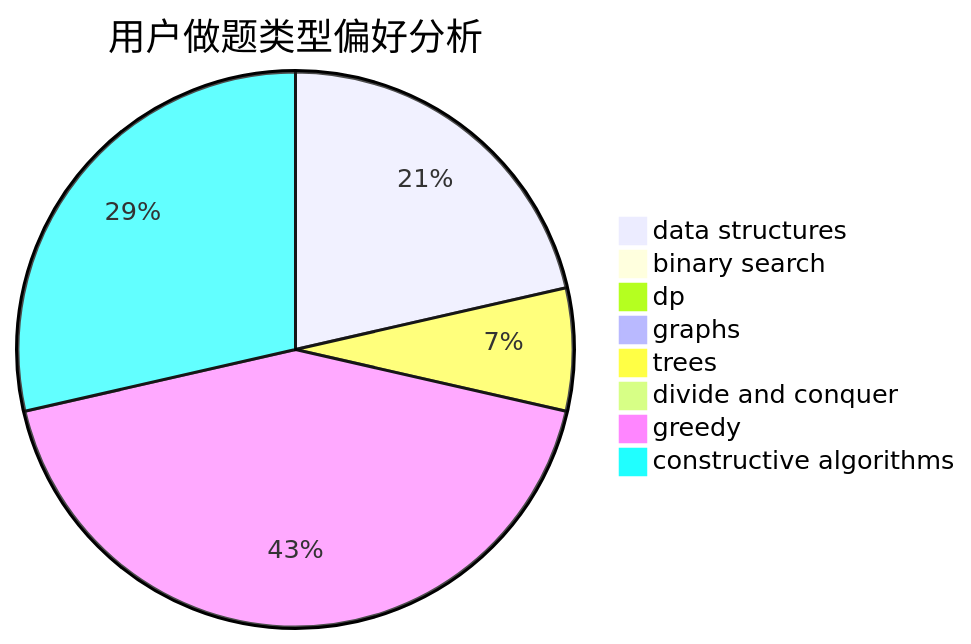
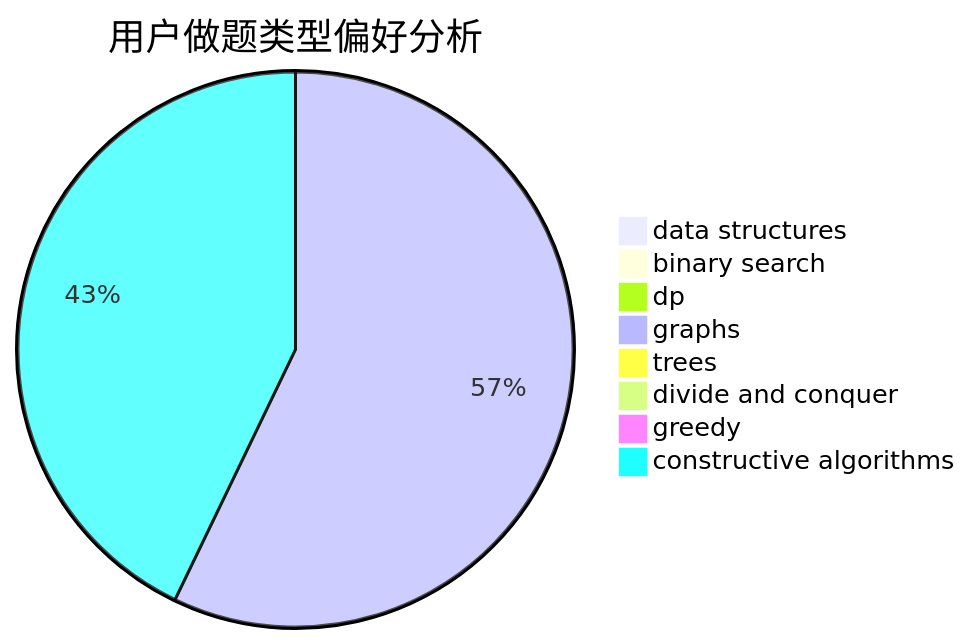
The second of 3 diagrams in docs/user/u2330.md (sherpahu/cfrs.github.io), drawn with Mermaid before and after one commit. The commit also changed other lines of this file and 2770 other files, not shown here.

````diff
--- a/docs/user/u2330.md
+++ b/docs/user/u2330.md
@@ -23,11 +23,11 @@
 ```mermaid
 pie title 用户做题类型偏好分析
-    "data structures" :  3
+    "data structures" :  0
     "binary search" :  0
     "dp" :  0
-    "graphs" :  0
-    "trees" :  1
+    "graphs" :  4
+    "trees" :  0
     "divide and conquer" :  0
-    "greedy" :  6
-    "constructive algorithms" :  4
+    "greedy" :  0
+    "constructive algorithms" :  3
 ```
````
